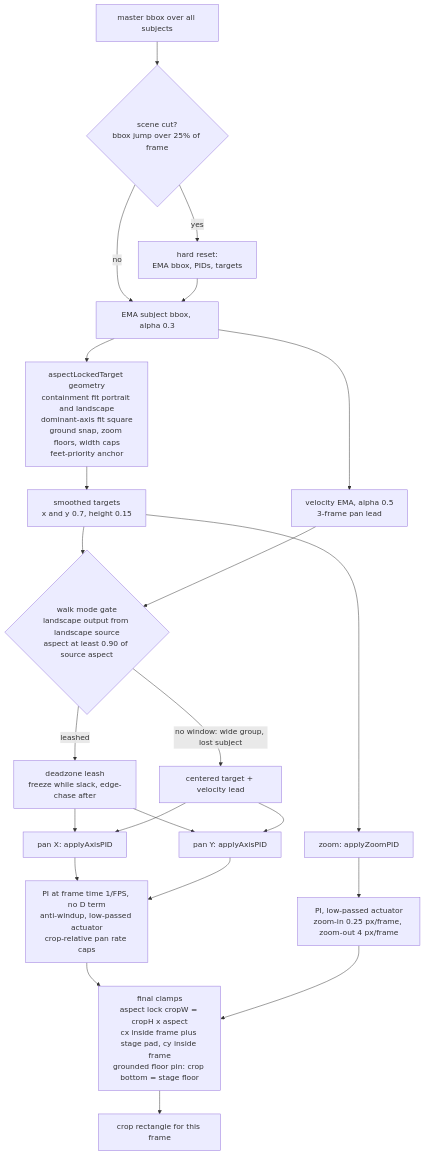
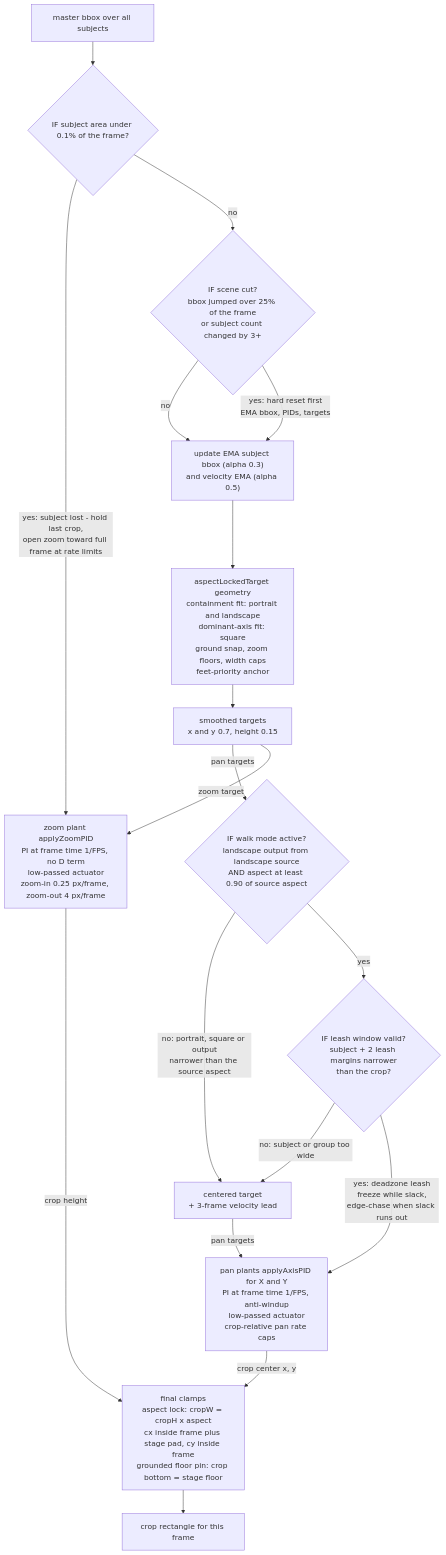
The second of 2 diagrams in pkg/holocropper/README.md (Luigi-Pizzolito/TinyMikuServer), drawn with Mermaid before and after one commit. The commit also changed other lines of this file, not shown here.

Commit message:
docs(holocropper README): rebuild architecture diagrams as labeled decision rails
Every branch out of a decision node is an explicit IF-labeled yes/no
edge; merge edges carry what they transfer (pan targets, zoom target,
crop height, ...); no unlabeled multi-output nodes. Subject-lost and
scene-cut gates now precede the EMA update, matching calcVideo order.

````diff
--- a/pkg/holocropper/README.md
+++ b/pkg/holocropper/README.md
@@ -57,25 +56,20 @@
 ```mermaid
 flowchart TD
-  BBOX["master bbox over all subjects"] --> CUT{"scene cut?<br/>bbox jump over 25% of frame"}
-  CUT -- yes --> RESET["hard reset:<br/>EMA bbox, PIDs, targets"]
-  CUT -- no --> EMA["EMA subject bbox, alpha 0.3"]
-  RESET --> EMA
-  EMA --> ALT["aspectLockedTarget geometry<br/>containment fit portrait and landscape<br/>dominant-axis fit square<br/>ground snap, zoom floors, width caps<br/>feet-priority anchor"]
-  ALT --> TEMA["smoothed targets<br/>x and y 0.7, height 0.15"]
-  EMA --> VEL["velocity EMA, alpha 0.5<br/>3-frame pan lead"]
-  TEMA --> WALK{"walk mode gate<br/>landscape output from landscape source<br/>aspect at least 0.90 of source aspect"}
-  VEL --> WALK
-  WALK -- leashed --> LEASH["deadzone leash<br/>freeze while slack, edge-chase after"]
-  WALK -- "no window: wide group, lost subject" --> CENTER["centered target + velocity lead"]
-  LEASH --> PX["pan X: applyAxisPID"]
-  CENTER --> PX
-  LEASH --> PY["pan Y: applyAxisPID"]
-  CENTER --> PY
-  TEMA --> ZP["zoom: applyZoomPID"]
-  PX --> PLANT["PI at frame time 1/FPS, no D term<br/>anti-windup, low-passed actuator<br/>crop-relative pan rate caps"]
-  PY --> PLANT
-  ZP --> ZPLANT["PI, low-passed actuator<br/>zoom-in 0.25 px/frame, zoom-out 4 px/frame"]
-  PLANT --> CLAMP["final clamps<br/>aspect lock cropW = cropH x aspect<br/>cx inside frame plus stage pad, cy inside frame<br/>grounded floor pin: crop bottom = stage floor"]
-  ZPLANT --> CLAMP
+  BBOX["master bbox over all subjects"] --> LOST{"IF subject area under 0.1% of the frame?"}
+  LOST -- "yes: subject lost - hold last crop,<br/>open zoom toward full frame at rate limits" --> ZOOM["zoom plant applyZoomPID<br/>PI at frame time 1/FPS, no D term<br/>low-passed actuator<br/>zoom-in 0.25 px/frame, zoom-out 4 px/frame"]
+  LOST -- "no" --> CUT{"IF scene cut?<br/>bbox jumped over 25% of the frame<br/>or subject count changed by 3+"}
+  CUT -- "no" --> EMA["update EMA subject bbox (alpha 0.3)<br/>and velocity EMA (alpha 0.5)"]
+  CUT -- "yes: hard reset first<br/>EMA bbox, PIDs, targets" --> EMA
+  EMA --> GEOM["aspectLockedTarget geometry<br/>containment fit: portrait and landscape<br/>dominant-axis fit: square<br/>ground snap, zoom floors, width caps<br/>feet-priority anchor"]
+  GEOM --> TGT["smoothed targets<br/>x and y 0.7, height 0.15"]
+  TGT -- "pan targets" --> GATE{"IF walk mode active?<br/>landscape output from landscape source<br/>AND aspect at least 0.90 of source aspect"}
+  TGT -- "zoom target" --> ZOOM
+  GATE -- "no: portrait, square or output<br/>narrower than the source aspect" --> CENTER["centered target<br/>+ 3-frame velocity lead"]
+  GATE -- "yes" --> LEASH{"IF leash window valid?<br/>subject + 2 leash margins narrower<br/>than the crop?"}
+  LEASH -- "no: subject or group too wide" --> CENTER
+  LEASH -- "yes: deadzone leash<br/>freeze while slack,<br/>edge-chase when slack runs out" --> PAN["pan plants applyAxisPID for X and Y<br/>PI at frame time 1/FPS, anti-windup<br/>low-passed actuator<br/>crop-relative pan rate caps"]
+  CENTER -- "pan targets" --> PAN
+  PAN -- "crop center x, y" --> CLAMP["final clamps<br/>aspect lock: cropW = cropH x aspect<br/>cx inside frame plus stage pad, cy inside frame<br/>grounded floor pin: crop bottom = stage floor"]
+  ZOOM -- "crop height" --> CLAMP
   CLAMP --> RECT["crop rectangle for this frame"]
 ```
````
